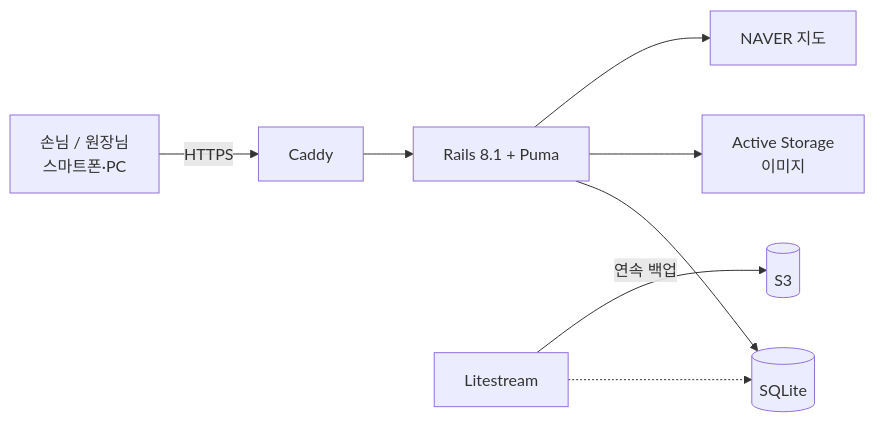
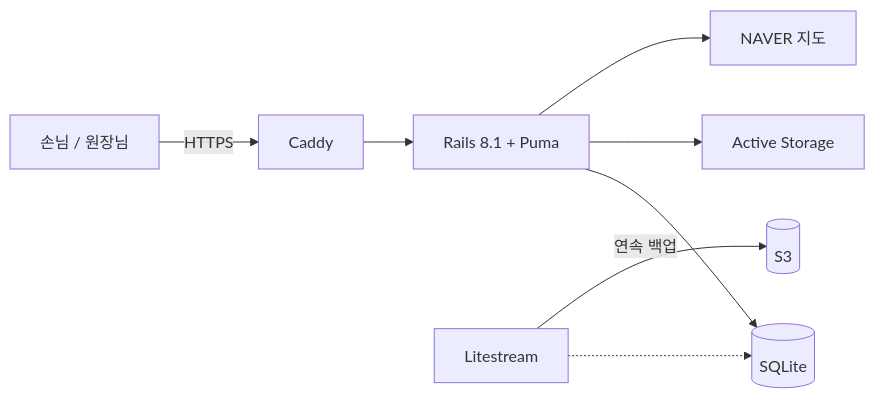
Before and after one commit to YIDONGYONG/eunpa-beauty-salon: the diagram in README.md, drawn with Mermaid. The commit also changed other lines of this file and 1 other file, not shown here.

````diff
--- a/README.md
+++ b/README.md
@@ -42,10 +53,10 @@
 ```mermaid
 flowchart LR
-  B[손님 / 원장님<br/>스마트폰·PC] -->|HTTPS| C[Caddy]
+  B[손님 / 원장님] -->|HTTPS| C[Caddy]
   C --> R[Rails 8.1 + Puma]
   R --> D[(SQLite)]
-  R --> F[Active Storage<br/>이미지]
+  R --> F[Active Storage]
   R --> N[NAVER 지도]
   L[Litestream] -.-> D
   L -->|연속 백업| S[(S3)]
 ```
````
